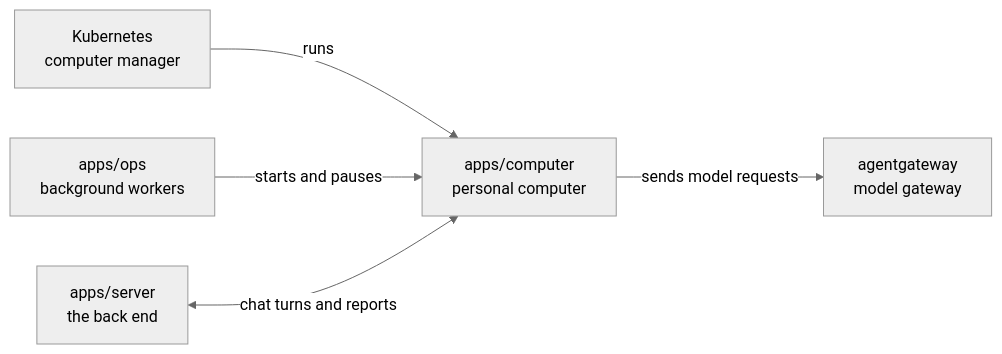
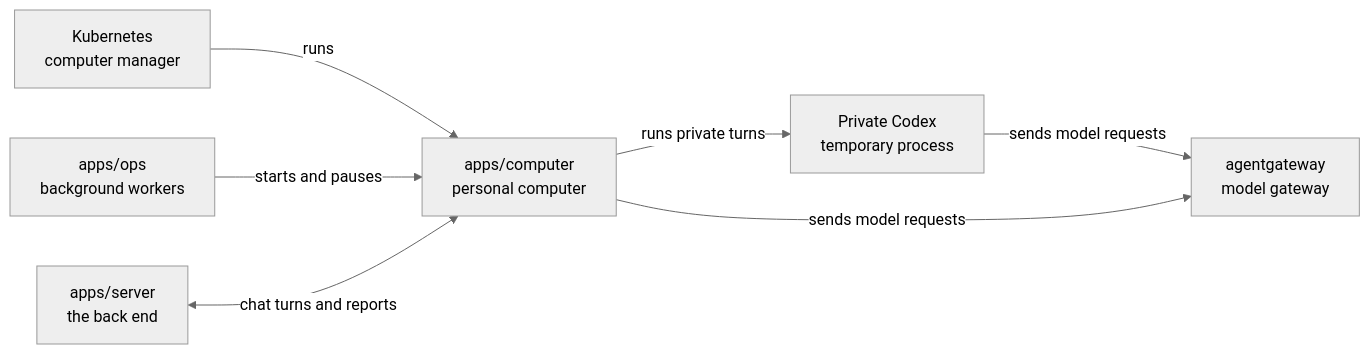
Before and after one commit to elewa-git/opencrane-new: the diagram in apps/computer/README.md, drawn with Mermaid (neutral theme). The commit also changed other lines of this file and 45 other files, not shown here.

Commit message:
🔒 Keep private team turns in temporary Codex processes

````diff
--- a/apps/computer/README.md
+++ b/apps/computer/README.md
@@ -11,7 +13,9 @@
 ```mermaid
 flowchart LR
   kube["Kubernetes<br/>computer manager"] -->|runs| computer["apps/computer<br/>personal computer"]
   ops["apps/ops<br/>background workers"] -->|starts and pauses| computer
   server["apps/server<br/>the back end"] <-->|chat turns and reports| computer
+  computer -->|runs private turns| private["Private Codex<br/>temporary process"]
+  private -->|sends model requests| gateway
   computer -->|sends model requests| gateway["agentgateway<br/>model gateway"]
 ```
````
